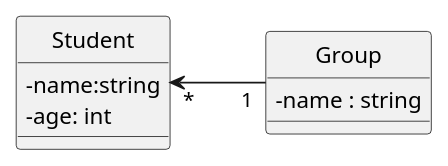
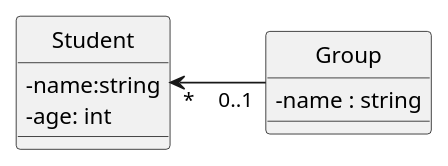
One commit to bbauer02/3wa_uml changed the third of 3 diagrams in document/implementation-d-une-association-unidirectionnelle-multiple.adoc. Above: the diagram before and after it, drawn with PlantUML. The commit also changed other lines of this file, not shown here.

Commit message:
Correctifs sur l'orthographe et ou l'expression

```diff
--- a/document/implementation-d-une-association-unidirectionnelle-multiple.adoc
+++ b/document/implementation-d-une-association-unidirectionnelle-multiple.adoc
@@ -332,18 +332,18 @@
 [plantuml,target=exo_asso_uni_multiple_groupes,format=svg]
 ....
 hide circle
 skinparam classAttributeIconSize 0
 
 class Student {
 -name:string
 - age: int
 }
 
 class Group {
 -name : string
 }
 
 left to right direction
-Student "*" <-- "1" Group
+Student "*" <-- "0..1" Group
 
 ....
```
